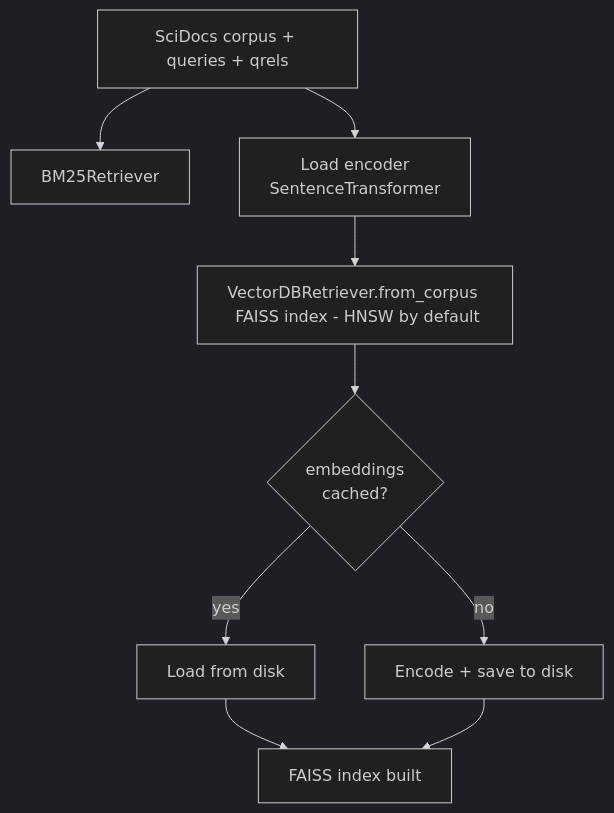
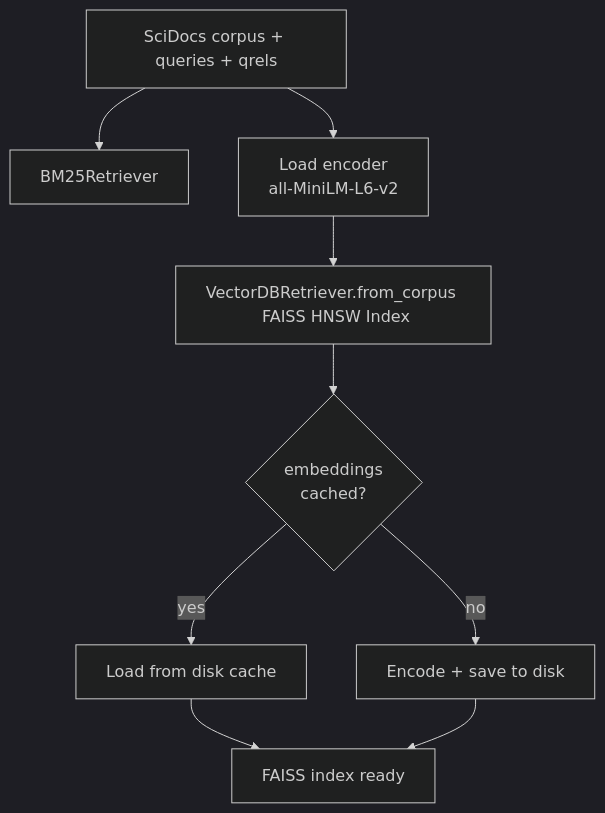
Before and after one commit to Murali47k/DS5603_IR_Project: the first of 5 diagrams in src/optimisations/README.md, drawn with Mermaid (dark theme). The commit also changed other lines of this file and 1 other file, not shown here.

Commit message:
docs: update root and optimisation READMEs with new benchmark metrics and pipeline diagrams

````diff
--- a/src/optimisations/README.md
+++ b/src/optimisations/README.md
@@ -46,11 +48,11 @@
 ```mermaid
 flowchart TD
     A["SciDocs corpus + queries + qrels"] --> B["BM25Retriever"]
-    A --> C["Load encoder <br> SentenceTransformer"]
-    C --> D["VectorDBRetriever.from_corpus <br> FAISS index - HNSW by default"]
+    A --> C["Load encoder <br> all-MiniLM-L6-v2"]
+    C --> D["VectorDBRetriever.from_corpus <br> FAISS HNSW Index"]
     D --> E{"embeddings <br> cached?"}
-    E -->|yes| F["Load from disk"]
+    E -->|yes| F["Load from disk cache"]
     E -->|no| G["Encode + save to disk"]
-    F --> H["FAISS index built"]
+    F --> H["FAISS index ready"]
     G --> H
 ```
````
